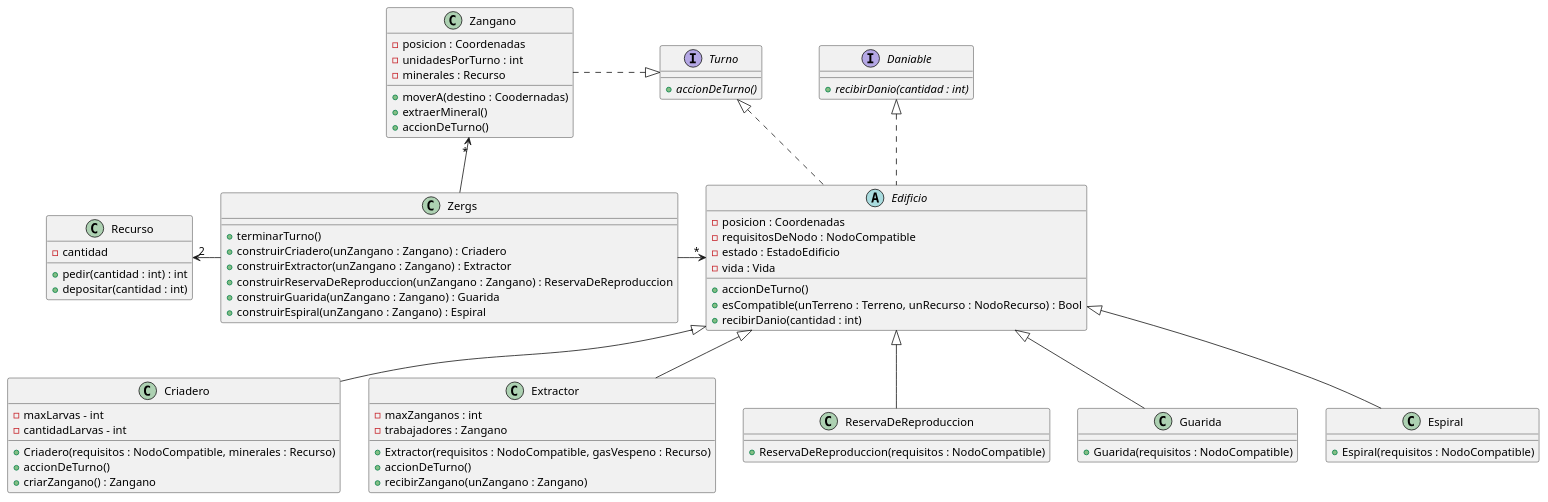
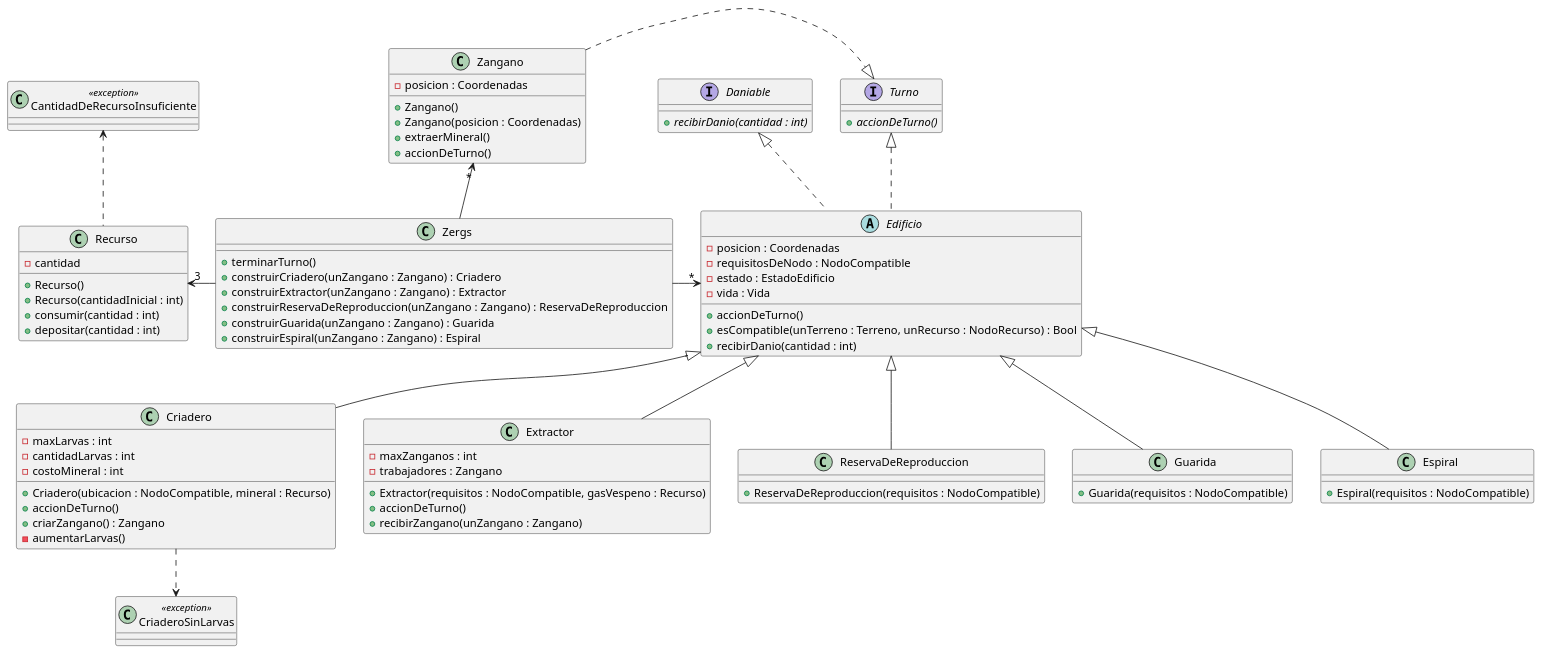
One commit to gabrielzitelli/Algo3_TP2_AlgoStar changed the diagram in diagrams/classes/zergs.plantuml. Above: the diagram before and after it, drawn with PlantUML. The commit also changed 4 other files, not shown here.

Commit message:
Actualizacion del PlantUML

```diff
--- a/diagrams/classes/zergs.plantuml
+++ b/diagrams/classes/zergs.plantuml
@@ -1,88 +1,100 @@
 @startuml
 
 class Zergs {
     + terminarTurno()
     + construirCriadero(unZangano : Zangano) : Criadero
     + construirExtractor(unZangano : Zangano) : Extractor
     + construirReservaDeReproduccion(unZangano : Zangano) : ReservaDeReproduccion
     + construirGuarida(unZangano : Zangano) : Guarida
     + construirEspiral(unZangano : Zangano) : Espiral
 }
 
 class Recurso {
     - cantidad
-    + pedir(cantidad : int) : int
+    + Recurso()
+    + Recurso(cantidadInicial : int)
+    + consumir(cantidad : int)
     + depositar(cantidad : int)
+
 }
 
 abstract class Edificio {
     - posicion : Coordenadas
     - requisitosDeNodo : NodoCompatible
     - estado : EstadoEdificio
     - vida : Vida
     + accionDeTurno()
     + esCompatible(unTerreno : Terreno, unRecurso : NodoRecurso) : Bool
     + recibirDanio(cantidad : int)
 }
 
 class Zangano {
     - posicion : Coordenadas
-    - unidadesPorTurno : int
-    - minerales : Recurso
-    + moverA(destino : Coodernadas)
+    + Zangano()
+    + Zangano(posicion : Coordenadas)
     + extraerMineral()
     + accionDeTurno()
 }
 
 interface Turno {
     {abstract} + accionDeTurno()
 }
 
 interface Daniable {
     {abstract} + recibirDanio(cantidad : int)
 }
 
 class Criadero {
-    - maxLarvas - int
-    - cantidadLarvas - int
-    + Criadero(requisitos : NodoCompatible, minerales : Recurso)
+    - maxLarvas : int
+    - cantidadLarvas : int
+    - costoMineral : int
+    + Criadero(ubicacion : NodoCompatible, mineral : Recurso)
     + accionDeTurno()
     + criarZangano() : Zangano
+    - aumentarLarvas()
 }
 
 class Extractor {
     - maxZanganos : int
     - trabajadores : Zangano
     + Extractor(requisitos : NodoCompatible, gasVespeno : Recurso)
     + accionDeTurno()
     + recibirZangano(unZangano : Zangano)
 }
 
 class ReservaDeReproduccion {
     + ReservaDeReproduccion(requisitos : NodoCompatible)
 }
 
 class Guarida {
     + Guarida(requisitos : NodoCompatible)
 }
 
 class Espiral {
     + Espiral(requisitos : NodoCompatible)
 }
 
+class CantidadDeRecursoInsuficiente <<exception>> {
+}
 
-Zergs -left> "2" Recurso
+class CriaderoSinLarvas <<exception>> {
+}
+
+Zergs -left> "3" Recurso
 Zergs -right-> "*" Edificio
 Zergs -up-> "*" Zangano
 
+Daniable <|.down. Edificio
 Turno <|.left. Zangano
 Turno <|.. Edificio
-Daniable <|.. Edificio
 
 Edificio <|-- Criadero
 Edificio <|-- Extractor
 Edificio <|-- ReservaDeReproduccion
 Edificio <|-- Guarida
 Edificio <|-- Espiral
 
+CantidadDeRecursoInsuficiente <.. Recurso
+CriaderoSinLarvas <.up. Criadero
+
 @enduml
```
